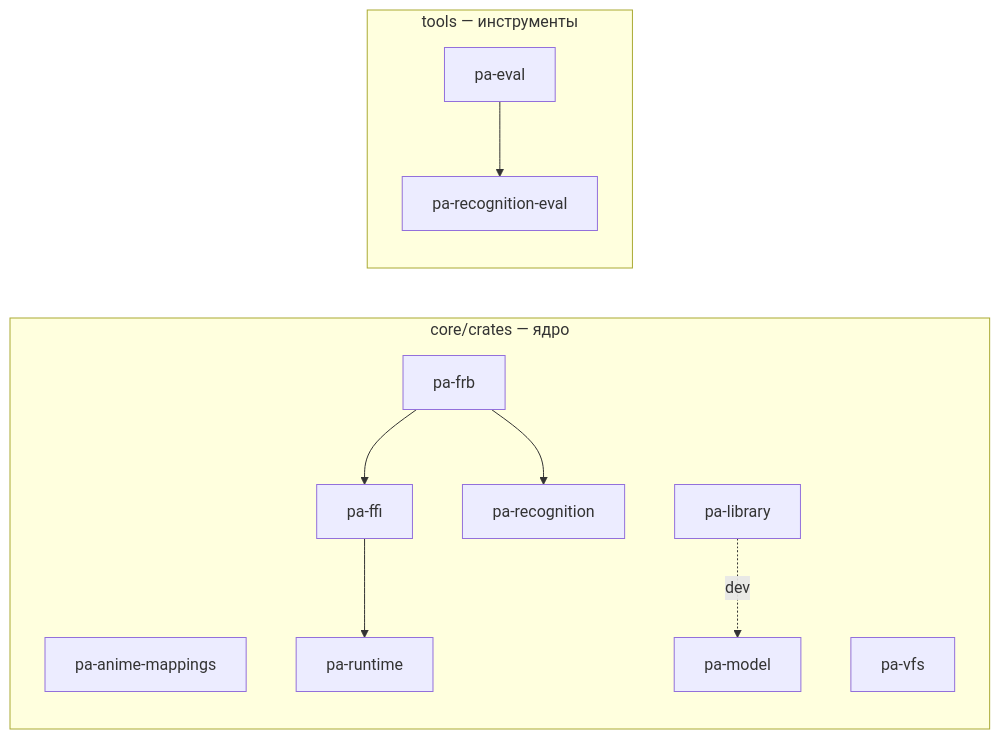
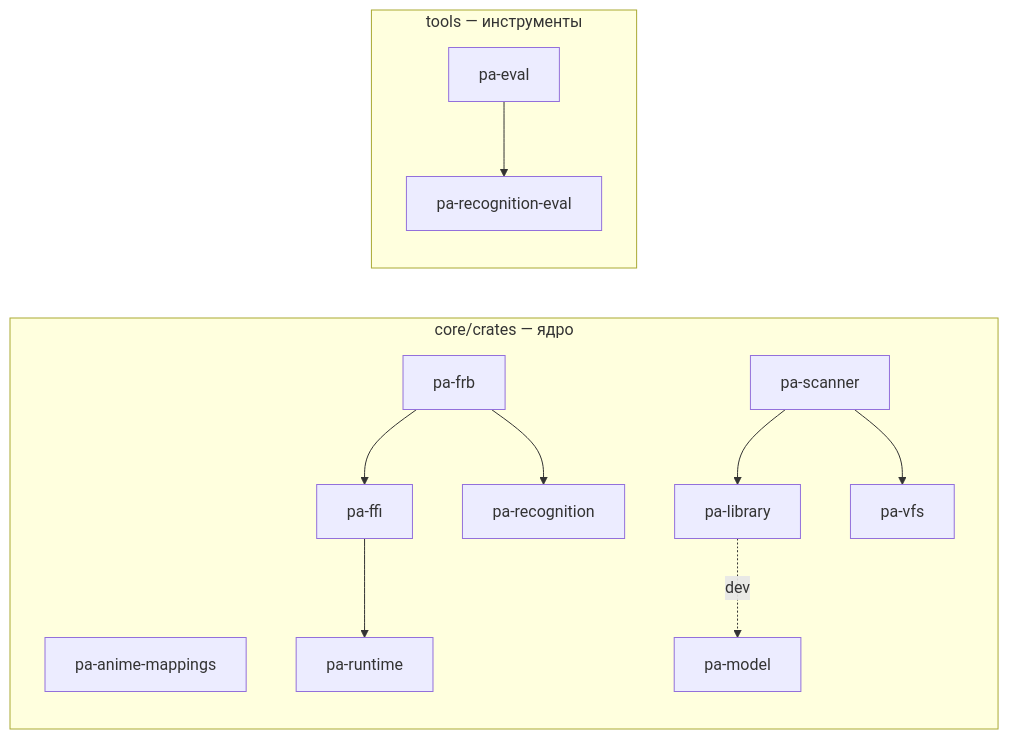
One commit to DenisHumen/project_alpha changed the diagram in docs/dev/crate-graph.md. Above: the diagram before and after it, drawn with Mermaid. The commit also changed other lines of this file and 4 other files, not shown here.

Commit message:
style(lib): rustfmt, clippy and crate graph for pa-scanner [LIB-003]

````diff
--- a/docs/dev/crate-graph.md
+++ b/docs/dev/crate-graph.md
@@ -12,22 +12,25 @@
 ```mermaid
 flowchart LR
   subgraph g0["core/crates — ядро"]
     pa_anime_mappings["pa-anime-mappings"]
     pa_ffi["pa-ffi"]
     pa_frb["pa-frb"]
     pa_library["pa-library"]
     pa_model["pa-model"]
     pa_recognition["pa-recognition"]
     pa_runtime["pa-runtime"]
+    pa_scanner["pa-scanner"]
     pa_vfs["pa-vfs"]
   end
   subgraph g1["tools — инструменты"]
     pa_eval["pa-eval"]
     pa_recognition_eval["pa-recognition-eval"]
   end
   pa_eval --> pa_recognition_eval
   pa_ffi --> pa_runtime
   pa_frb --> pa_ffi
   pa_frb --> pa_recognition
   pa_library -. dev .-> pa_model
+  pa_scanner --> pa_library
+  pa_scanner --> pa_vfs
 ```
````
